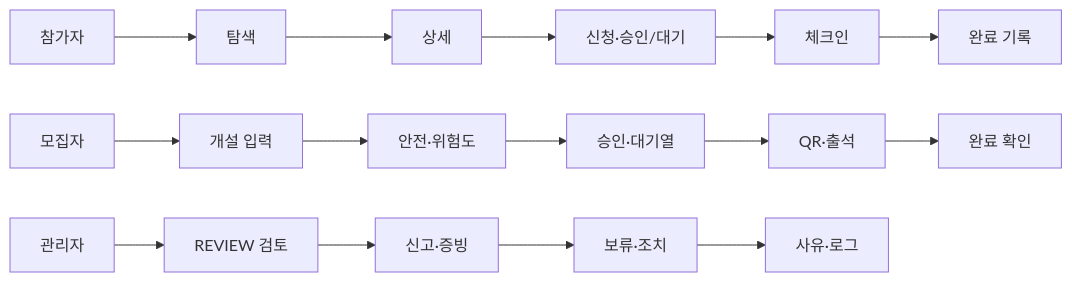
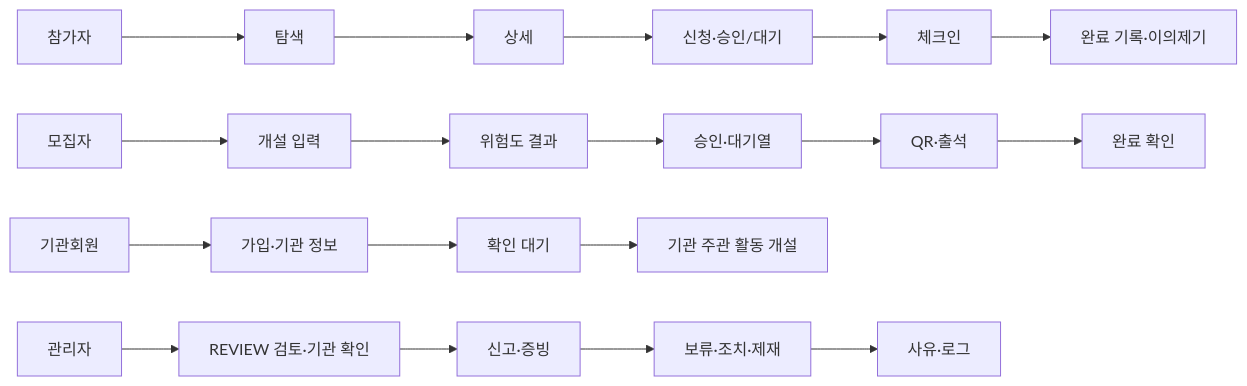
Before and after one commit to lov22eee/Volink: the fourth of 4 diagrams in docs/architecture.md, drawn with Mermaid. The commit also changed other lines of this file and 37 other files, not shown here.

First line of the commit message:
feat: complete week 2 spec, V3 schema, input rules and handoff

````diff
--- a/docs/architecture.md
+++ b/docs/architecture.md
@@ -144,6 +207,7 @@
 ```mermaid
 flowchart LR
-    P[참가자] --> P1[탐색] --> P2[상세] --> P3[신청·승인/대기] --> P4[체크인] --> P5[완료 기록]
-    O[모집자] --> O1[개설 입력] --> O2[안전·위험도] --> O3[승인·대기열] --> O4[QR·출석] --> O5[완료 확인]
-    A[관리자] --> A1[REVIEW 검토] --> A2[신고·증빙] --> A3[보류·조치] --> A4[사유·로그]
+    P[참가자] --> P1[탐색] --> P2[상세] --> P3[신청·승인/대기] --> P4[체크인] --> P5[완료 기록·이의제기]
+    O[모집자] --> O1[개설 입력] --> O2[위험도 결과] --> O3[승인·대기열] --> O4[QR·출석] --> O5[완료 확인]
+    I[기관회원] --> I1[가입·기관 정보] --> I2[확인 대기] --> I3[기관 주관 활동 개설]
+    A[관리자] --> A1[REVIEW 검토·기관 확인] --> A2[신고·증빙] --> A3[보류·조치·제재] --> A4[사유·로그]
 ```
````
